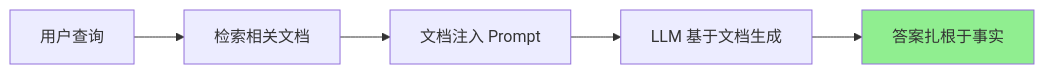
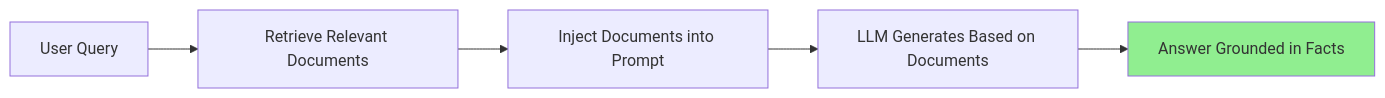
One commit to YiWang24/AiDIY changed the fourth of 15 diagrams in docs/ai/rag/01-introduction.mdx. Above: the diagram before and after it, drawn with Mermaid. The commit also changed other lines of this file and 10 other files, not shown here.

First line of the commit message:
docs: enhance RAG documentation and fix Mermaid diagrams

````diff
--- a/docs/ai/rag/01-introduction.mdx
+++ b/docs/ai/rag/01-introduction.mdx
@@ -223,9 +223,9 @@
 ```mermaid
 flowchart LR
-    A["用户查询"] --> B["检索相关文档"]
-    B --> C["文档注入 Prompt"]
-    C --> D["LLM 基于文档生成"]
-    D --> E["答案扎根于事实"]
+    A["User Query"] --> B["Retrieve Relevant Documents"]
+    B --> C["Inject Documents into Prompt"]
+    C --> D["LLM Generates Based on Documents"]
+    D --> E["Answer Grounded in Facts"]
 
     style E fill:#90EE90
 ```
````
